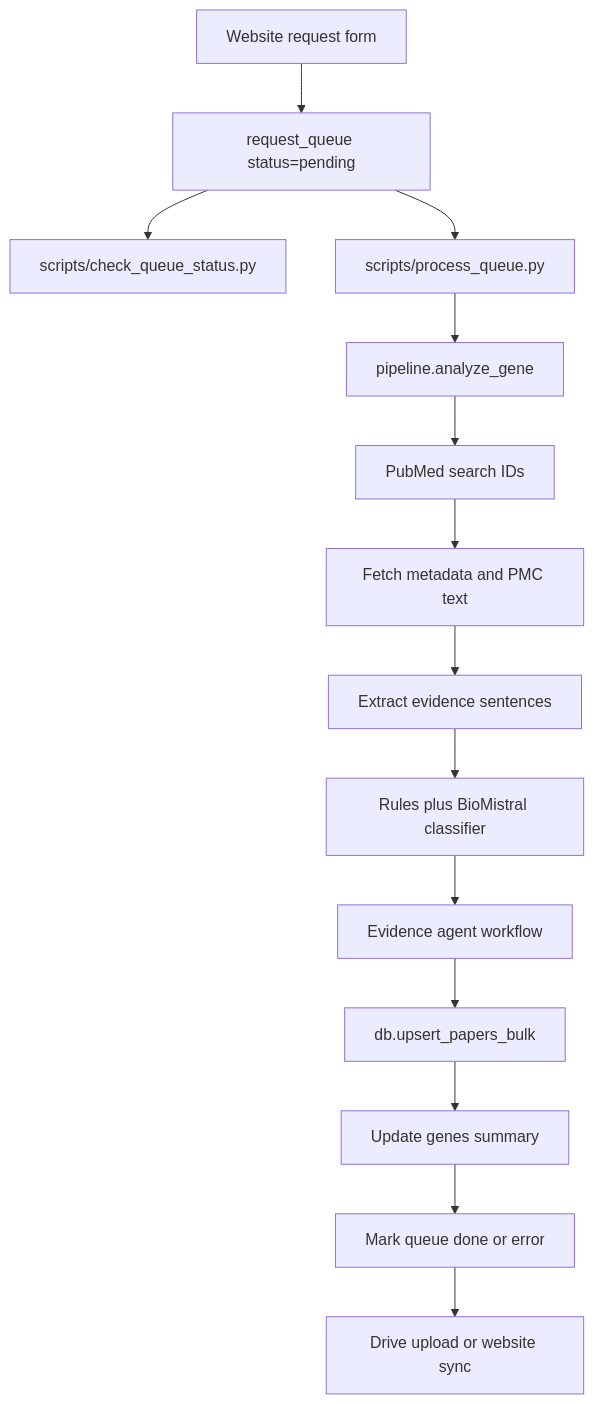
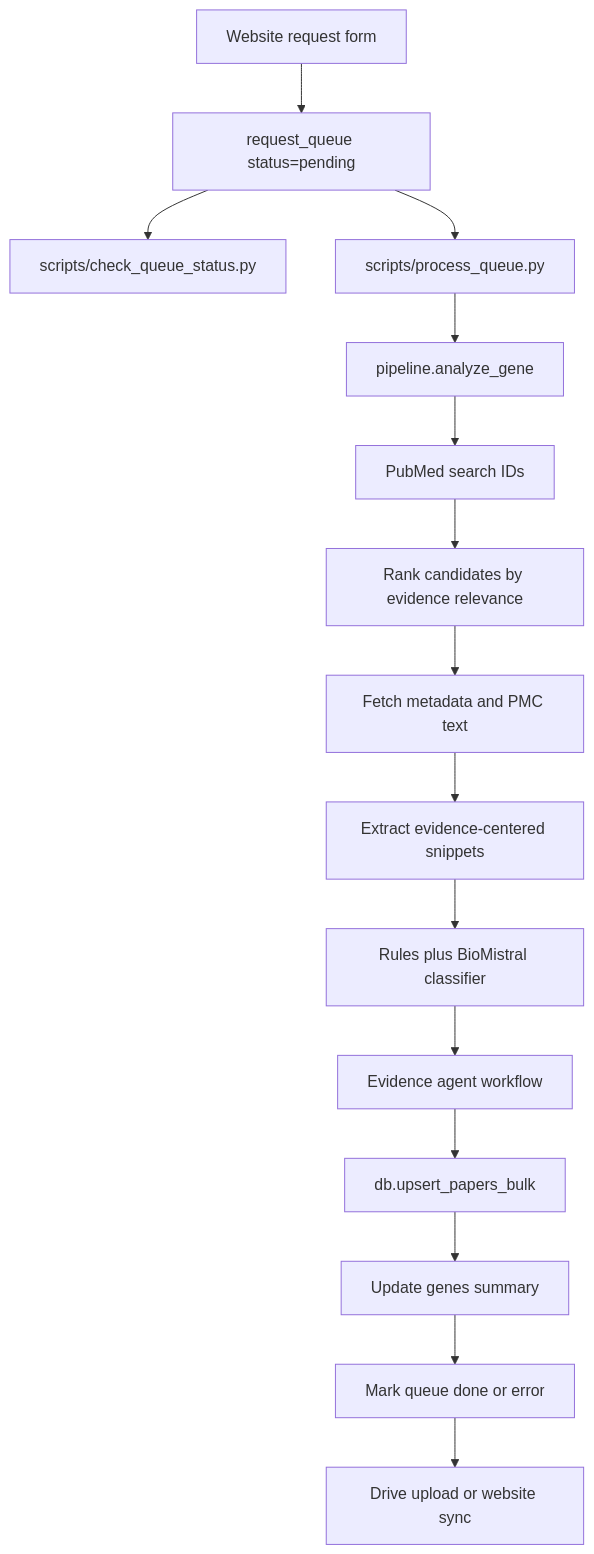
One commit to rf2960/pubmed-llm changed the second of 2 diagrams in README.md. Above: the diagram before and after it, drawn with Mermaid. The commit also changed other lines of this file and 15 other files, not shown here.

Commit message:
Improve evidence search and reprocess workflow

````diff
--- a/README.md
+++ b/README.md
@@ -80,16 +82,17 @@
 ```mermaid
 flowchart TD
     A["Website request form"] --> B["request_queue status=pending"]
     B --> C["scripts/check_queue_status.py"]
     B --> D["scripts/process_queue.py"]
     D --> E["pipeline.analyze_gene"]
     E --> F["PubMed search IDs"]
-    F --> G["Fetch metadata and PMC text"]
-    G --> H["Extract evidence sentences"]
-    H --> I["Rules plus BioMistral classifier"]
-    I --> J["Evidence agent workflow"]
-    J --> K["db.upsert_papers_bulk"]
+    F --> G["Rank candidates by evidence relevance"]
+    G --> H["Fetch metadata and PMC text"]
+    H --> I["Extract evidence-centered snippets"]
+    I --> J["Rules plus BioMistral classifier"]
+    J --> O["Evidence agent workflow"]
+    O --> K["db.upsert_papers_bulk"]
     K --> L["Update genes summary"]
     L --> M["Mark queue done or error"]
     M --> N["Drive upload or website sync"]
 ```
````
